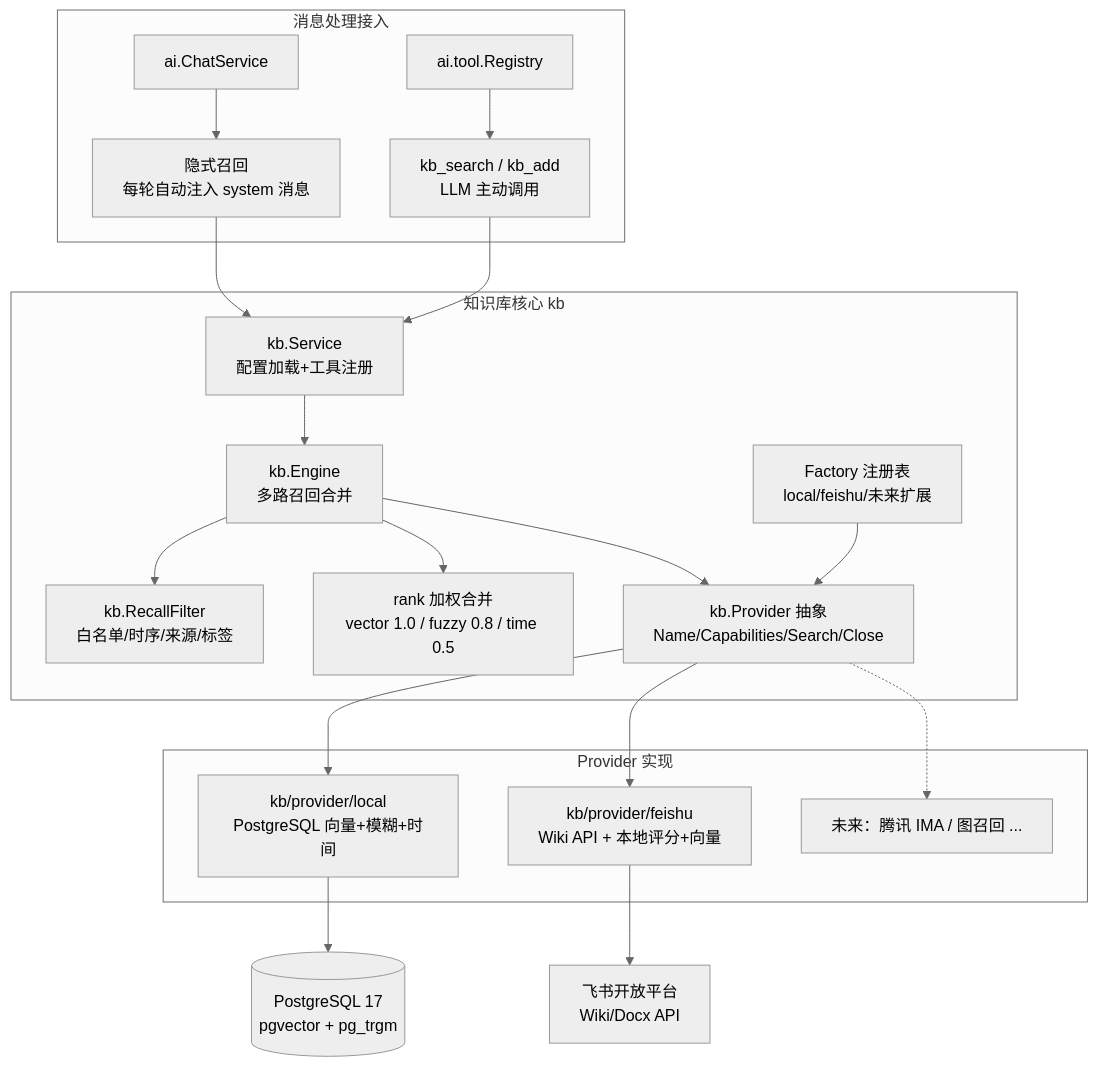
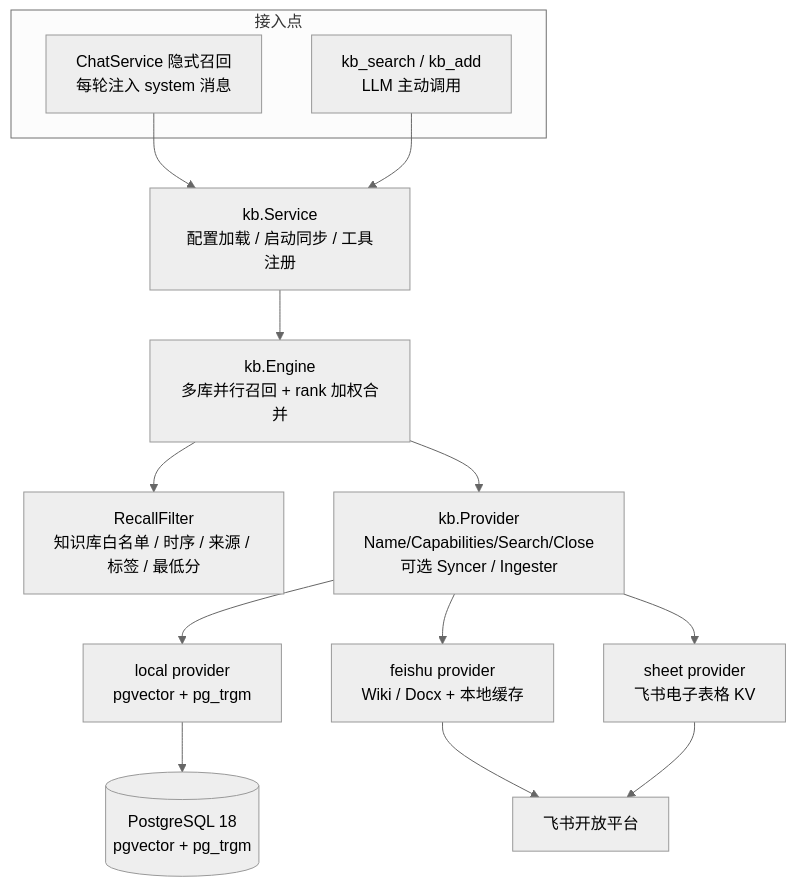
One commit to Airiseina/lanmei-dream changed the fifth of 7 diagrams in docs/architecture.md. Above: the diagram before and after it, drawn with Mermaid (neutral theme). The commit also changed other lines of this file and 202 other files, not shown here.

````diff
--- a/docs/architecture.md
+++ b/docs/architecture.md
@@ -417,39 +330,27 @@
 ```mermaid
 graph TB
-    subgraph 消息处理接入
-        ChatSvc[ai.ChatService]
-        KBRecall[隐式召回<br/>每轮自动注入 system 消息]
-        ToolReg[ai.tool.Registry]
-        KBTool[kb_search / kb_add<br/>LLM 主动调用]
+    subgraph consumers["接入点"]
+        Implicit["ChatService 隐式召回<br/>每轮注入 system 消息"]
+        KbTool["kb_search / kb_add<br/>LLM 主动调用"]
     end
 
-    subgraph 知识库核心 kb
-        Svc[kb.Service<br/>配置加载+工具注册]
-        Eng[kb.Engine<br/>多路召回合并]
-        Filter[kb.RecallFilter<br/>白名单/时序/来源/标签]
-        Rank[rank 加权合并<br/>vector 1.0 / fuzzy 0.8 / time 0.5]
-        Prov[kb.Provider 抽象<br/>Name/Capabilities/Search/Close]
-        Fac[Factory 注册表<br/>local/feishu/未来扩展]
-    end
+    Svc["kb.Service<br/>配置加载 / 启动同步 / 工具注册"]
+    Eng["kb.Engine<br/>多库并行召回 + rank 加权合并"]
+    Filter["RecallFilter<br/>知识库白名单 / 时序 / 来源 / 标签 / 最低分"]
+    Prov["kb.Provider<br/>Name/Capabilities/Search/Close<br/>可选 Syncer / Ingester"]
+    Local["local provider<br/>pgvector + pg_trgm"]
+    Feishu["feishu provider<br/>Wiki / Docx + 本地缓存"]
+    Sheet["sheet provider<br/>飞书电子表格 KV"]
 
-    subgraph Provider 实现
-        Local[kb/provider/local<br/>PostgreSQL 向量+模糊+时间]
-        Feishu[kb/provider/feishu<br/>Wiki API + 本地评分+向量]
-        Future[未来：腾讯 IMA / 图召回 ...]
-    end
-
-    ChatSvc --> KBRecall
-    KBRecall --> Svc
-    ToolReg --> KBTool
-    KBTool --> Svc
+    Implicit --> Svc
+    KbTool --> Svc
     Svc --> Eng
     Eng --> Filter
-    Eng --> Rank
     Eng --> Prov
-    Fac --> Prov
     Prov --> Local
     Prov --> Feishu
-    Prov -.-> Future
-    Local --> PG[(PostgreSQL 17<br/>pgvector + pg_trgm)]
-    Feishu --> FS[飞书开放平台<br/>Wiki/Docx API]
+    Prov --> Sheet
+    Local --> PG[("PostgreSQL 18<br/>pgvector + pg_trgm")]
+    Feishu --> FS["飞书开放平台"]
+    Sheet --> FS
 ```
````
